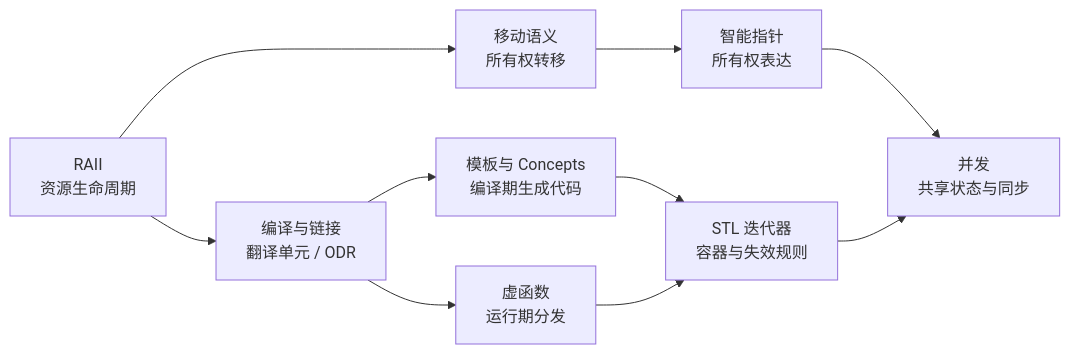
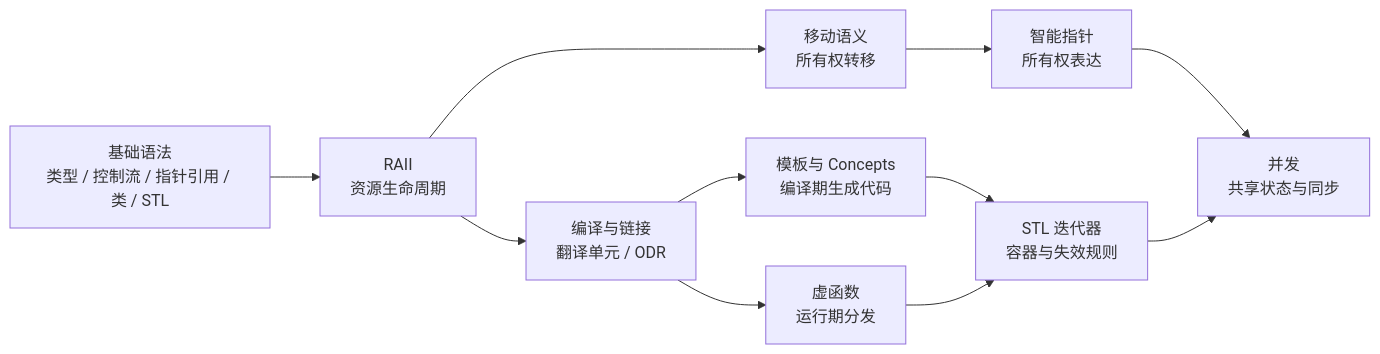
One commit to qknow-0/blog changed the diagram in languages/cpp/index.md. Above: the diagram before and after it, drawn with Mermaid. The commit also changed other lines of this file and 6 other files, not shown here.

````diff
--- a/languages/cpp/index.md
+++ b/languages/cpp/index.md
@@ -20,12 +28,13 @@
 ```mermaid
 flowchart LR
-    A["RAII<br/>资源生命周期"] --> B["移动语义<br/>所有权转移"]
+    Z["基础语法<br/>类型 / 控制流 / 指针引用 / 类 / STL"] --> A["RAII<br/>资源生命周期"]
+    A --> B["移动语义<br/>所有权转移"]
     B --> C["智能指针<br/>所有权表达"]
     A --> D["编译与链接<br/>翻译单元 / ODR"]
     D --> E["模板与 Concepts<br/>编译期生成代码"]
     D --> F["虚函数<br/>运行期分发"]
     E --> G["STL 迭代器<br/>容器与失效规则"]
     F --> G
     C --> H["并发<br/>共享状态与同步"]
     G --> H
 ```
````
